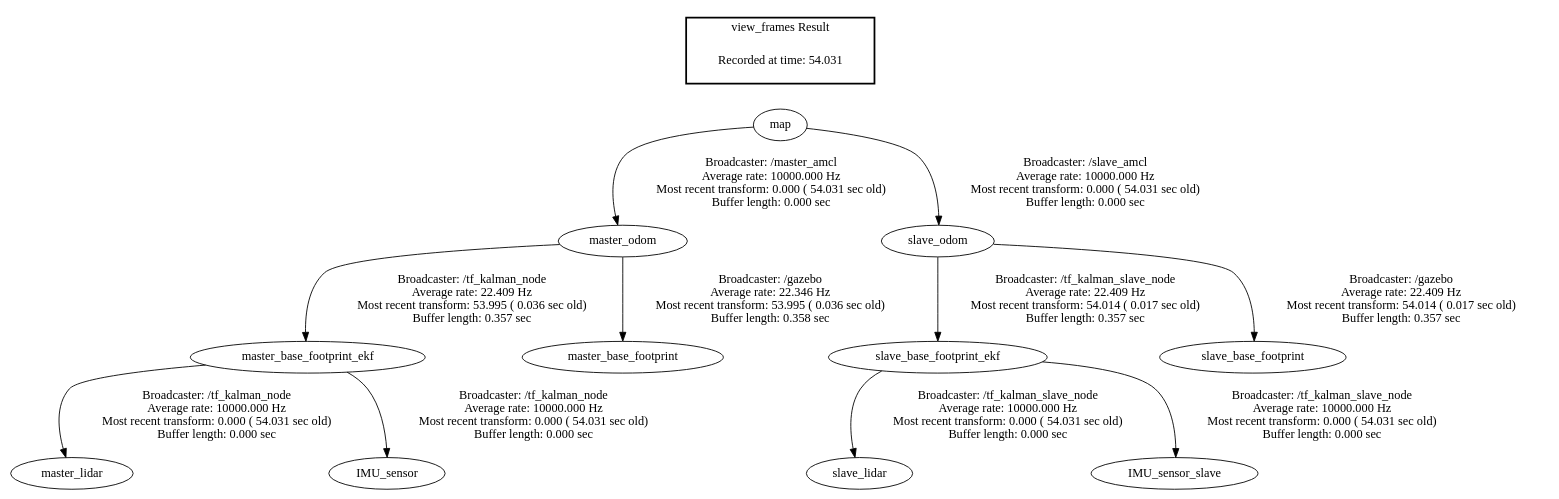
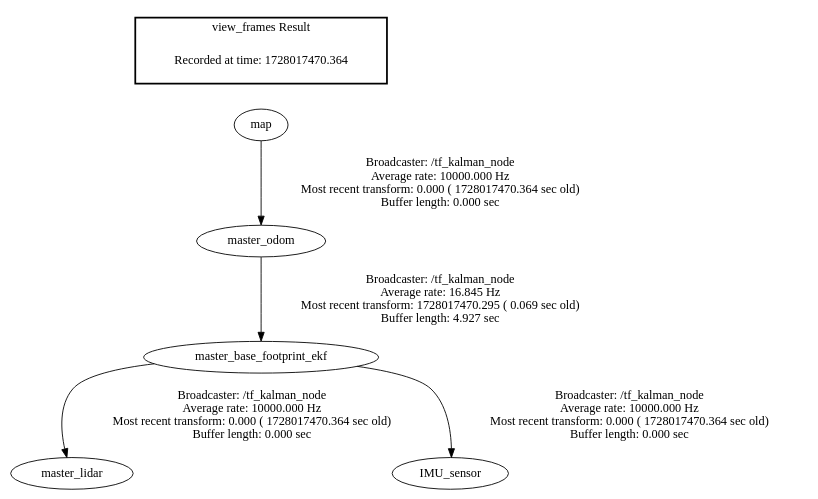
The diagram in frames.gv (esala12/Cooperative-mobile-robots), drawn with Graphviz before and after one commit. The commit also changed 189 other files, not shown here.

```diff
--- a/frames.gv
+++ b/frames.gv
@@ -1,16 +1,10 @@
 digraph G {
-"map" -> "master_odom"[label="Broadcaster: /master_amcl\nAverage rate: 10000.000 Hz\nMost recent transform: 0.000 ( 54.031 sec old)\nBuffer length: 0.000 sec\n"];
-"master_base_footprint_ekf" -> "master_lidar"[label="Broadcaster: /tf_kalman_node\nAverage rate: 10000.000 Hz\nMost recent transform: 0.000 ( 54.031 sec old)\nBuffer length: 0.000 sec\n"];
-"master_odom" -> "master_base_footprint_ekf"[label="Broadcaster: /tf_kalman_node\nAverage rate: 22.409 Hz\nMost recent transform: 53.995 ( 0.036 sec old)\nBuffer length: 0.357 sec\n"];
-"master_base_footprint_ekf" -> "IMU_sensor"[label="Broadcaster: /tf_kalman_node\nAverage rate: 10000.000 Hz\nMost recent transform: 0.000 ( 54.031 sec old)\nBuffer length: 0.000 sec\n"];
-"map" -> "slave_odom"[label="Broadcaster: /slave_amcl\nAverage rate: 10000.000 Hz\nMost recent transform: 0.000 ( 54.031 sec old)\nBuffer length: 0.000 sec\n"];
-"slave_base_footprint_ekf" -> "slave_lidar"[label="Broadcaster: /tf_kalman_slave_node\nAverage rate: 10000.000 Hz\nMost recent transform: 0.000 ( 54.031 sec old)\nBuffer length: 0.000 sec\n"];
-"slave_odom" -> "slave_base_footprint_ekf"[label="Broadcaster: /tf_kalman_slave_node\nAverage rate: 22.409 Hz\nMost recent transform: 54.014 ( 0.017 sec old)\nBuffer length: 0.357 sec\n"];
-"slave_base_footprint_ekf" -> "IMU_sensor_slave"[label="Broadcaster: /tf_kalman_slave_node\nAverage rate: 10000.000 Hz\nMost recent transform: 0.000 ( 54.031 sec old)\nBuffer length: 0.000 sec\n"];
-"master_odom" -> "master_base_footprint"[label="Broadcaster: /gazebo\nAverage rate: 22.346 Hz\nMost recent transform: 53.995 ( 0.036 sec old)\nBuffer length: 0.358 sec\n"];
-"slave_odom" -> "slave_base_footprint"[label="Broadcaster: /gazebo\nAverage rate: 22.409 Hz\nMost recent transform: 54.014 ( 0.017 sec old)\nBuffer length: 0.357 sec\n"];
+"map" -> "master_odom"[label="Broadcaster: /tf_kalman_node\nAverage rate: 10000.000 Hz\nMost recent transform: 0.000 ( 1728017470.364 sec old)\nBuffer length: 0.000 sec\n"];
+"master_base_footprint_ekf" -> "master_lidar"[label="Broadcaster: /tf_kalman_node\nAverage rate: 10000.000 Hz\nMost recent transform: 0.000 ( 1728017470.364 sec old)\nBuffer length: 0.000 sec\n"];
+"master_odom" -> "master_base_footprint_ekf"[label="Broadcaster: /tf_kalman_node\nAverage rate: 16.845 Hz\nMost recent transform: 1728017470.295 ( 0.069 sec old)\nBuffer length: 4.927 sec\n"];
+"master_base_footprint_ekf" -> "IMU_sensor"[label="Broadcaster: /tf_kalman_node\nAverage rate: 10000.000 Hz\nMost recent transform: 0.000 ( 1728017470.364 sec old)\nBuffer length: 0.000 sec\n"];
 edge [style=invis];
  subgraph cluster_legend { style=bold; color=black; label ="view_frames Result";
-"Recorded at time: 54.031"[ shape=plaintext ] ;
+"Recorded at time: 1728017470.364"[ shape=plaintext ] ;
  }->"map";
 }
```
